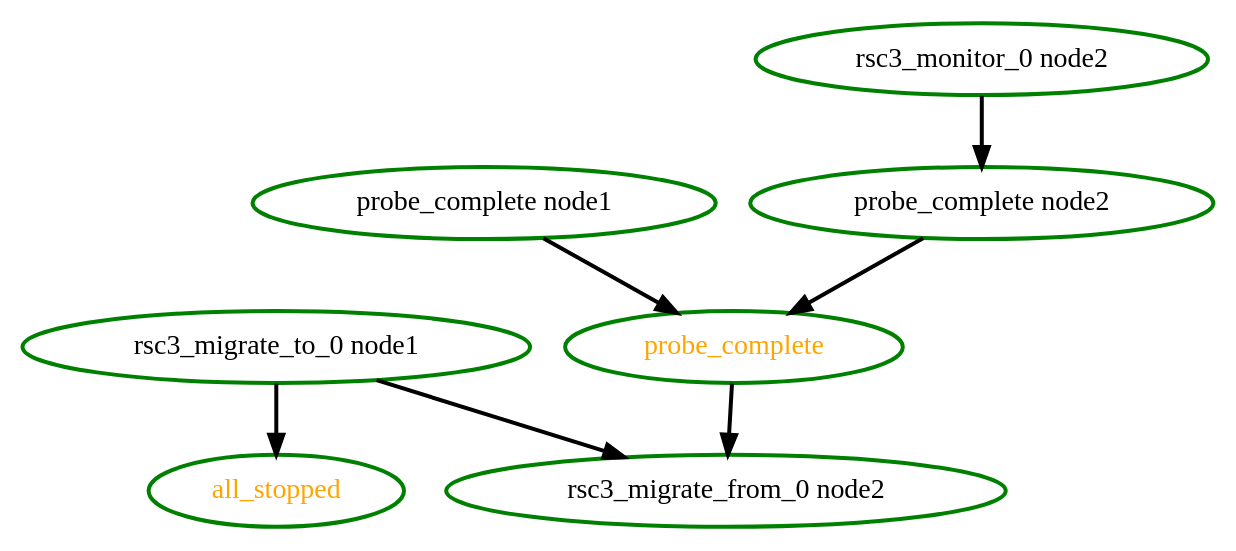
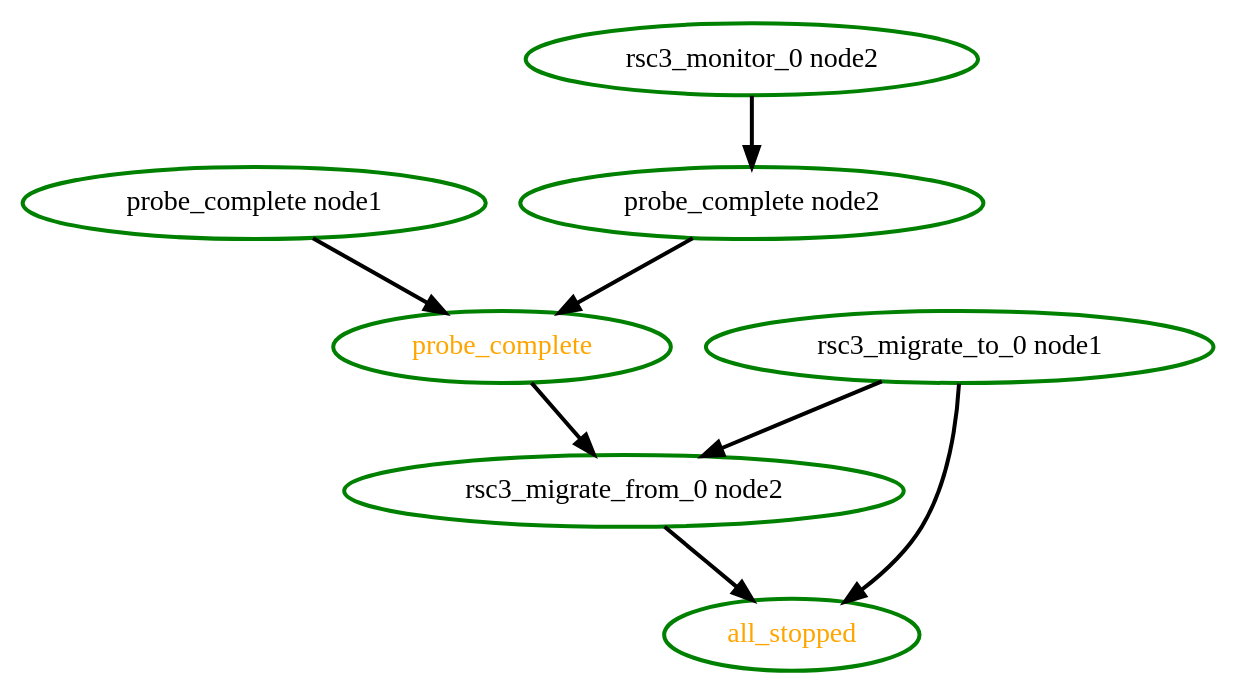
One commit to linux-ha-japan/pm_diskd changed the diagram in pengine/testcases/migrate-1.dot. Above: the diagram before and after it, drawn with Graphviz. The commit also changed 10 other files, not shown here.

```diff
--- a/pengine/testcases/migrate-1.dot
+++ b/pengine/testcases/migrate-1.dot
@@ -1,15 +1,16 @@
  digraph "g" {
 "all_stopped" [ style=bold color="green" fontcolor="orange"  ]
 "probe_complete node1" -> "probe_complete" [ style = bold]
 "probe_complete node1" [ style=bold color="green" fontcolor="black" ]
 "probe_complete node2" -> "probe_complete" [ style = bold]
 "probe_complete node2" [ style=bold color="green" fontcolor="black" ]
 "probe_complete" -> "rsc3_migrate_from_0 node2" [ style = bold]
 "probe_complete" [ style=bold color="green" fontcolor="orange" ]
+"rsc3_migrate_from_0 node2" -> "all_stopped" [ style = bold]
 "rsc3_migrate_from_0 node2" [ style=bold color="green" fontcolor="black" ]
 "rsc3_migrate_to_0 node1" -> "all_stopped" [ style = bold]
 "rsc3_migrate_to_0 node1" -> "rsc3_migrate_from_0 node2" [ style = bold]
 "rsc3_migrate_to_0 node1" [ style=bold color="green" fontcolor="black" ]
 "rsc3_monitor_0 node2" -> "probe_complete node2" [ style = bold]
 "rsc3_monitor_0 node2" [ style=bold color="green" fontcolor="black" ]
 }
```
